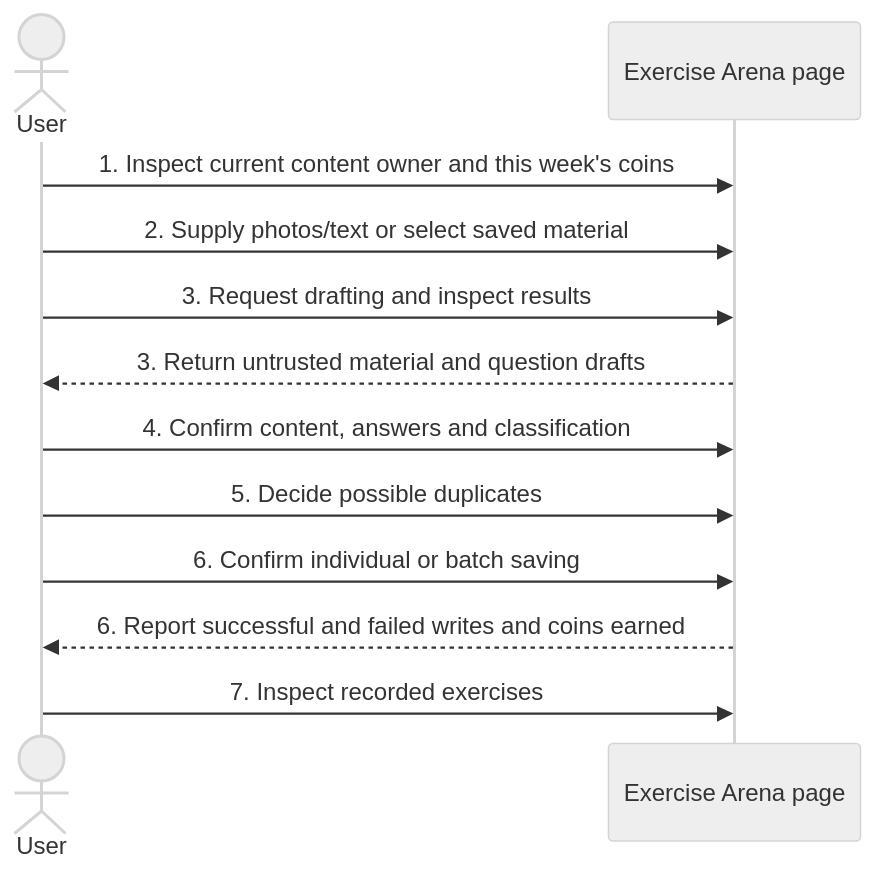
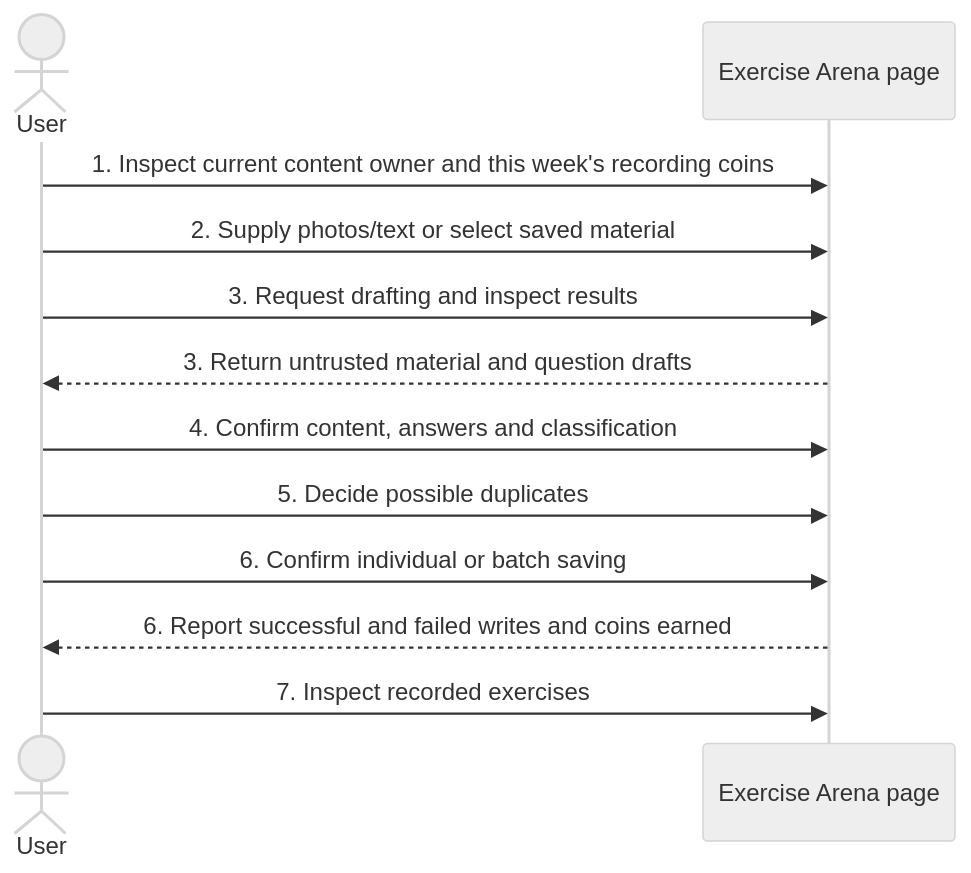
One commit to lengthlong/exercise_arena changed the diagram in journey/0001-record-a-wrong-exercise.md. Above: the diagram before and after it, drawn with Mermaid (neutral theme). The commit also changed other lines of this file and 2 other files, not shown here.

Commit message:
Write off 0048: recording-only coin pill and treasure-bowl save animation

````diff
--- a/journey/0001-record-a-wrong-exercise.md
+++ b/journey/0001-record-a-wrong-exercise.md
@@ -9,14 +9,14 @@
 ```mermaid
 sequenceDiagram
     actor U as User
     participant P as Exercise Arena page
-    U->>P: 1. Inspect current content owner and this week's coins
+    U->>P: 1. Inspect current content owner and this week's recording coins
     U->>P: 2. Supply photos/text or select saved material
     U->>P: 3. Request drafting and inspect results
     P-->>U: 3. Return untrusted material and question drafts
     U->>P: 4. Confirm content, answers and classification
     U->>P: 5. Decide possible duplicates
     U->>P: 6. Confirm individual or batch saving
     P-->>U: 6. Report successful and failed writes and coins earned
     U->>P: 7. Inspect recorded exercises
 ```
````
